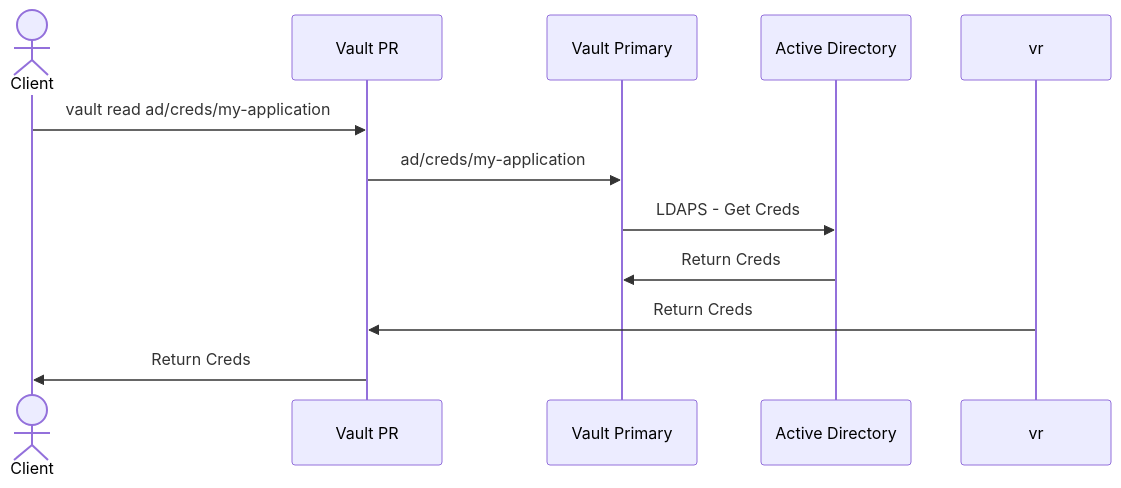
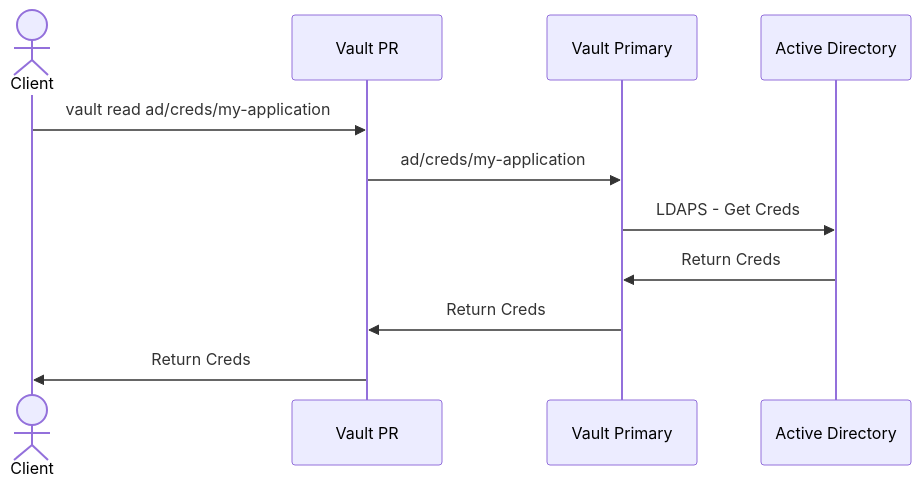
Before and after one commit to tallen-hashicorp/vault-pr-ad-testing: the second of 3 diagrams in README.md, drawn with Mermaid.

````diff
--- a/README.md
+++ b/README.md
@@ -156,13 +156,13 @@
 ```mermaid
 sequenceDiagram
     actor c as Client
     participant vpr as Vault PR
     participant vp as Vault Primary
     participant ad as Active Directory
     c->>vpr: vault read ad/creds/my-application
     vpr->>vp:  ad/creds/my-application
     vp->>ad: LDAPS - Get Creds
     ad->>vp: Return Creds
-    vr->>vpr: Return Creds
+    vp->>vpr: Return Creds
     vpr->>c: Return Creds
 ```
````
